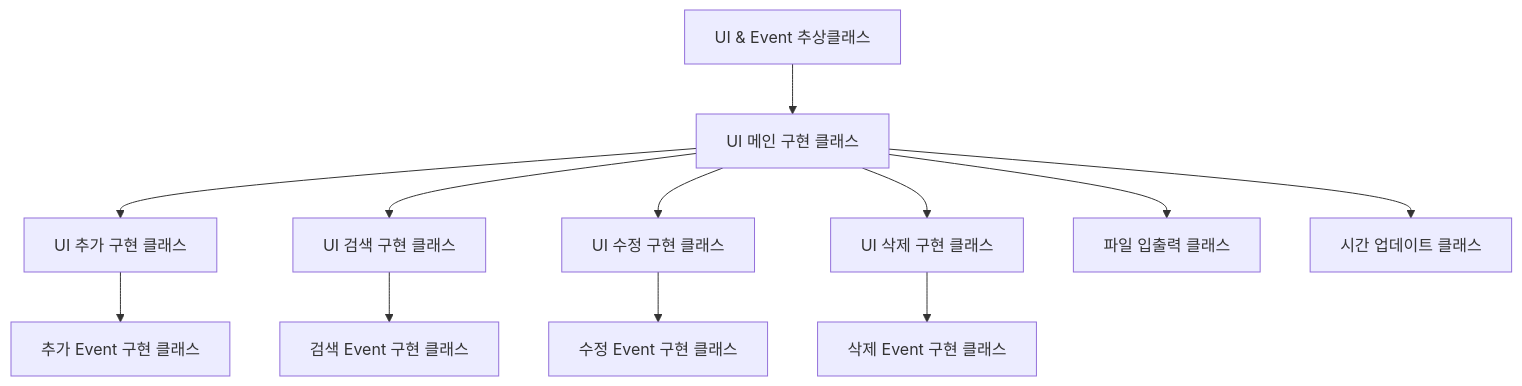
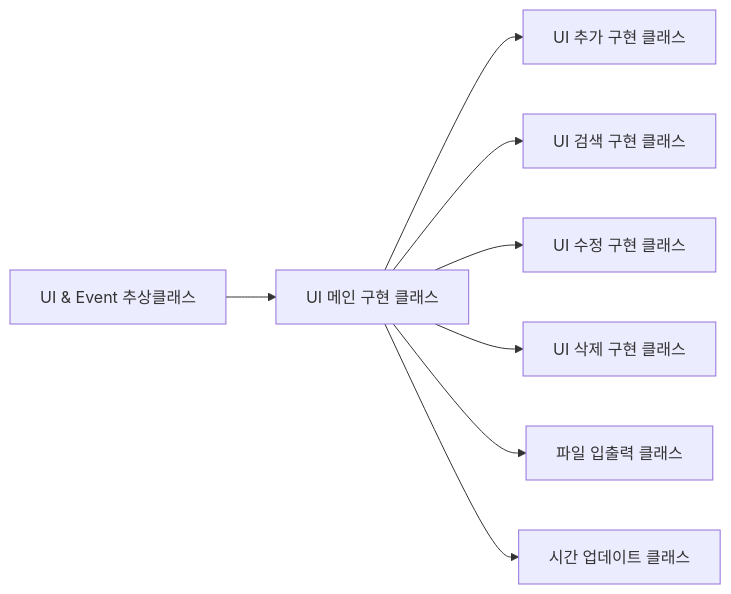
Before and after one commit to LeeSM0518/TIL: the diagram in Java/Java_Project/Java_Project.md, drawn with Mermaid. The commit also changed 4 other files, not shown here.

````diff
--- a/Java/Java_Project/Java_Project.md
+++ b/Java/Java_Project/Java_Project.md
@@ -740,30 +740,21 @@
 ```mermaid
-graph TB
+graph LR
 
 AbstractClass[UI & Event 추상클래스]
 UIMainClass[UI 메인 구현 클래스]
 UIAddClass[UI 추가 구현 클래스]
 UISearchClass[UI 검색 구현 클래스]
 UIAdjustClass[UI 수정 구현 클래스]
 UIRemoveClass[UI 삭제 구현 클래스]
-AddEventClass[추가 Event 구현 클래스]
-SearchEventClass[검색 Event 구현 클래스]
-AdjustEventClass[수정 Event 구현 클래스]
-RemoveEventClass[삭제 Event 구현 클래스]
 FileIO[파일 입출력 클래스]
 TimeUpdate[시간 업데이트 클래스]
 
 AbstractClass-->UIMainClass
 UIMainClass-->UIAddClass
 UIMainClass-->UISearchClass
 UIMainClass-->UIAdjustClass
 UIMainClass-->UIRemoveClass
 UIMainClass-->FileIO
 UIMainClass-->TimeUpdate
 
-UIAddClass-->AddEventClass
-UISearchClass-->SearchEventClass
-UIAdjustClass-->AdjustEventClass
-UIRemoveClass-->RemoveEventClass
-
 ```
````
